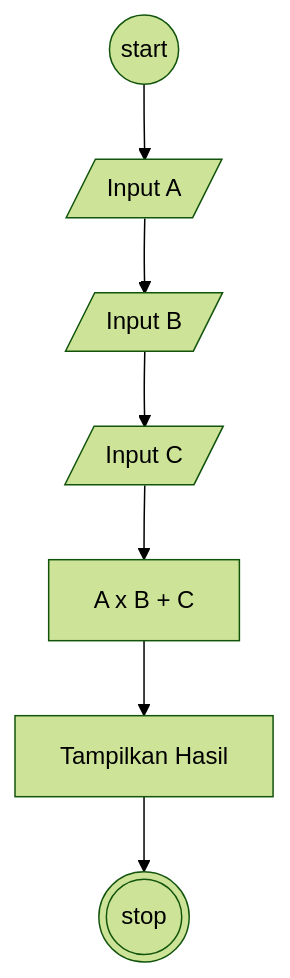
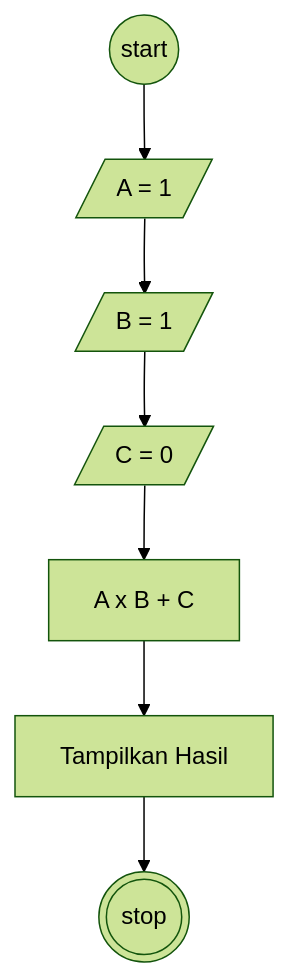
Before and after one commit to dev-Flone/koda-b1-algoritm: the diagram in algoritma-perhitungan.md, drawn with Mermaid (forest theme).

````diff
--- a/algoritma-perhitungan.md
+++ b/algoritma-perhitungan.md
@@ -12,12 +12,12 @@
 ``` mermaid
 flowchart TD
     start((start))
-    A[/Input A/]
-    B[/Input B/]
-    C[/Input C/]
+    A[/A = 1/]
+    B[/B = 1/]
+    C[/C = 0/]
     Hasil[A x B + C]
     Output[Tampilkan Hasil]
     stop(((stop)))
 
     start --> A --> B --> C --> Hasil --> Output --> stop
 ```
````
